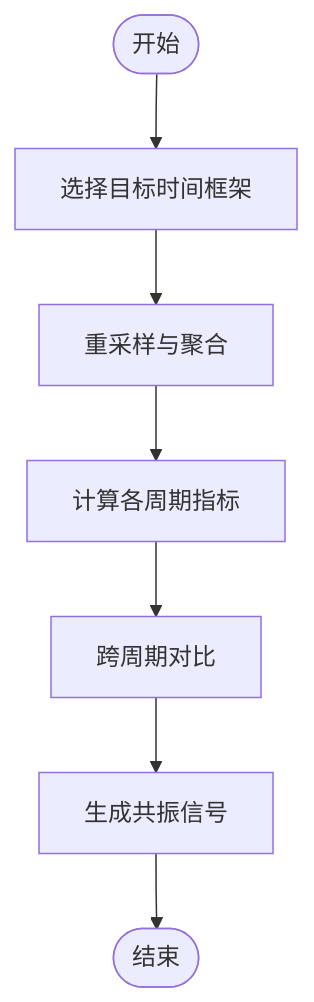
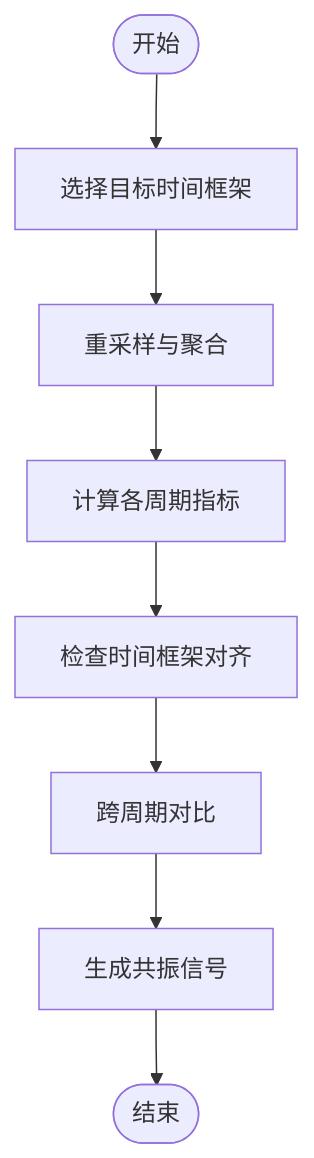
One commit to anYaoooo/daily_stock_analysis changed the seventh of 10 diagrams in .qoder/repowiki/zh/content/交易策略系统/技术指标系统.md. Above: the diagram before and after it, drawn with Mermaid. The commit also changed other lines of this file and 23 other files, not shown here.

````diff
--- a/.qoder/repowiki/zh/content/交易策略系统/技术指标系统.md
+++ b/.qoder/repowiki/zh/content/交易策略系统/技术指标系统.md
@@ -252,9 +297,10 @@
 ```mermaid
 flowchart TD
 Start(["开始"]) --> SelectTF["选择目标时间框架"]
 SelectTF --> Resample["重采样与聚合"]
 Resample --> ComputeIndicators["计算各周期指标"]
-ComputeIndicators --> Compare["跨周期对比"]
+ComputeIndicators --> CheckAlignment["检查时间框架对齐"]
+CheckAlignment --> Compare["跨周期对比"]
 Compare --> Signal["生成共振信号"]
 Signal --> End(["结束"])
 ```
````
